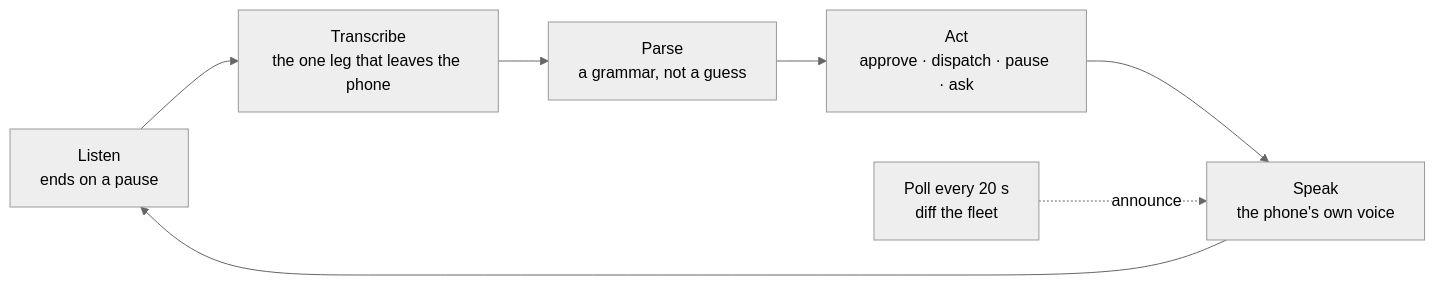
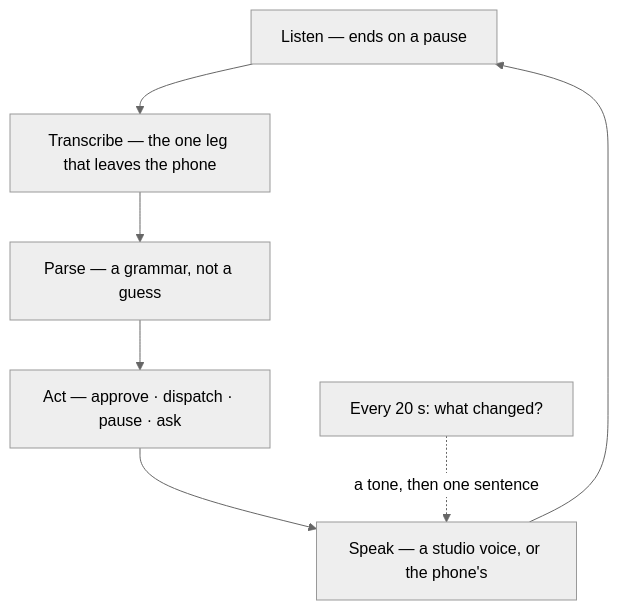
One commit to bitbaum/orangecat changed the diagram in content/blog/the-fleet-you-can-hear.md. Above: the diagram before and after it, drawn with Mermaid (neutral theme). The commit also changed other lines of this file and 5 other files, not shown here.

````diff
--- a/content/blog/the-fleet-you-can-hear.md
+++ b/content/blog/the-fleet-you-can-hear.md
@@ -41,9 +54,9 @@
 ```mermaid
-flowchart LR
-  L["Listen<br/>ends on a pause"] --> T["Transcribe<br/>the one leg that leaves the phone"]
-  T --> G["Parse<br/>a grammar, not a guess"]
-  G --> A["Act<br/>approve · dispatch · pause · ask"]
-  A --> S["Speak<br/>the phone's own voice"]
+flowchart TD
+  L["Listen — ends on a pause"] --> T["Transcribe — the one leg that leaves the phone"]
+  T --> G["Parse — a grammar, not a guess"]
+  G --> A["Act — approve · dispatch · pause · ask"]
+  A --> S["Speak — a studio voice, or the phone's"]
   S --> L
-  P["Poll every 20 s<br/>diff the fleet"] -. announce .-> S
+  P["Every 20 s: what changed?"] -. "a tone, then one sentence" .-> S
 ```
````
